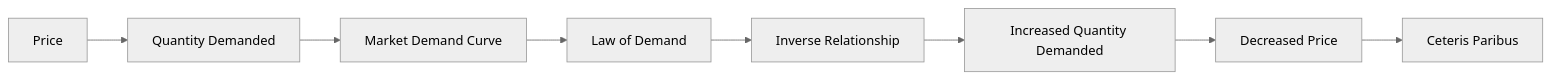
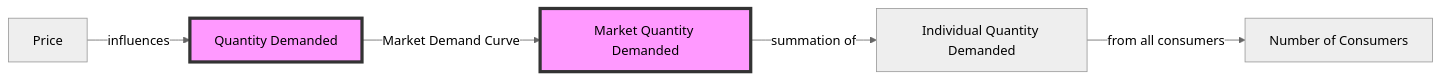
One commit to DagimAlemayehuu/Ater changed the diagram in Obsidian_Vault/2-Academic/Winter 2026/Economics/2_Theory_Of_Demand_And_Supply/Market_Demand_Curve.md. Above: the diagram before and after it, drawn with Mermaid (neutral theme). The commit also changed other lines of this file and 41 other files, not shown here.

Commit message:
Hardening OKA Pedagogical Architecture: Fix relational links, metadata formatting, and Jump-to-PDF functionality

````diff
--- a/Obsidian_Vault/2-Academic/Winter 2026/Economics/2_Theory_Of_Demand_And_Supply/Market_Demand_Curve.md
+++ b/Obsidian_Vault/2-Academic/Winter 2026/Economics/2_Theory_Of_Demand_And_Supply/Market_Demand_Curve.md
@@ -34,12 +45,11 @@
 ```mermaid
 
 graph LR
-    A[Price] --> B[Quantity Demanded]
-    B --> C[Market Demand Curve]
-    C --> D[Law of Demand]
-    D --> E[Inverse Relationship]
-    E --> F[Increased Quantity Demanded]
-    F --> G[Decreased Price]
-    G --> H[Ceteris Paribus]
+    P[Price] -->|influences| QD[Quantity Demanded]
+    QD -->| Market Demand Curve | QDM[Market Quantity Demanded]
+    QDM -->| summation of | QDI[Individual Quantity Demanded]
+    QDI -->|from all consumers| N[Number of Consumers]
+    style QDM fill:#f9f,stroke:#333,stroke-width:4px
+    style QD fill:#f9f,stroke:#333,stroke-width:4px
 
 ```
````
